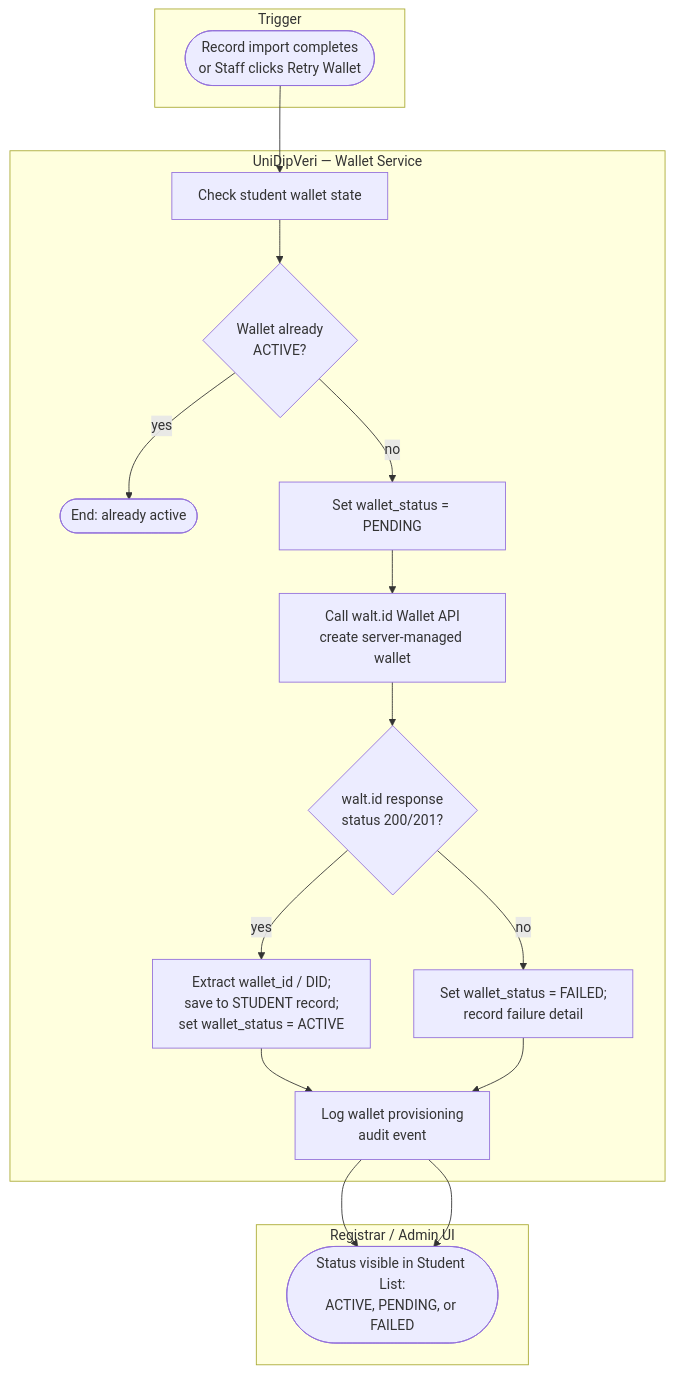
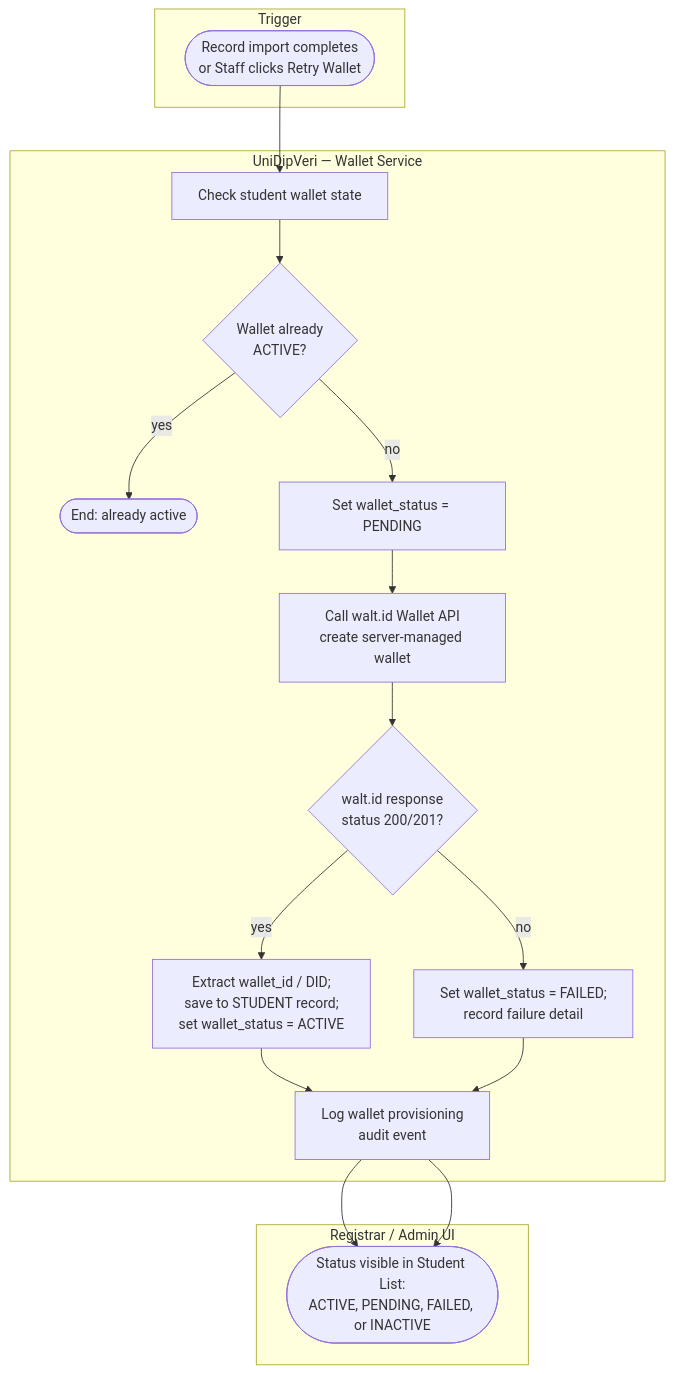
Before and after one commit to huypengin/UniDipVeri: the sixth of 6 diagrams in docs/02-analysis/Activity_Diagrams.md, drawn with Mermaid. The commit also changed other lines of this file and 8 other files, not shown here.

````diff
--- a/docs/02-analysis/Activity_Diagrams.md
+++ b/docs/02-analysis/Activity_Diagrams.md
@@ -305,28 +305,28 @@
 ```mermaid
 flowchart TD
     subgraph Trigger["Trigger"]
         T1([Record import completes\nor Staff clicks Retry Wallet])
     end
 
     subgraph Sys["UniDipVeri — Wallet Service"]
         W1[Check student wallet state]
         W2{Wallet already\nACTIVE?}
         W3([End: already active])
         W4[Set wallet_status = PENDING]
         W5[Call walt.id Wallet API\ncreate server-managed wallet]
         W6{walt.id response\nstatus 200/201?}
         W7[Extract wallet_id / DID;\nsave to STUDENT record;\nset wallet_status = ACTIVE]
         W8[Set wallet_status = FAILED;\nrecord failure detail]
         W9[Log wallet provisioning\naudit event]
     end
 
     subgraph Staff["Registrar / Admin UI"]
-        S1([Status visible in Student List:\nACTIVE, PENDING, or FAILED])
+        S1([Status visible in Student List:\nACTIVE, PENDING, FAILED, or INACTIVE])
     end
 
     T1 --> W1 --> W2
     W2 -- yes --> W3
     W2 -- no --> W4 --> W5 --> W6
     W6 -- yes --> W7 --> W9 --> S1
     W6 -- no --> W8 --> W9 --> S1
 ```
````
